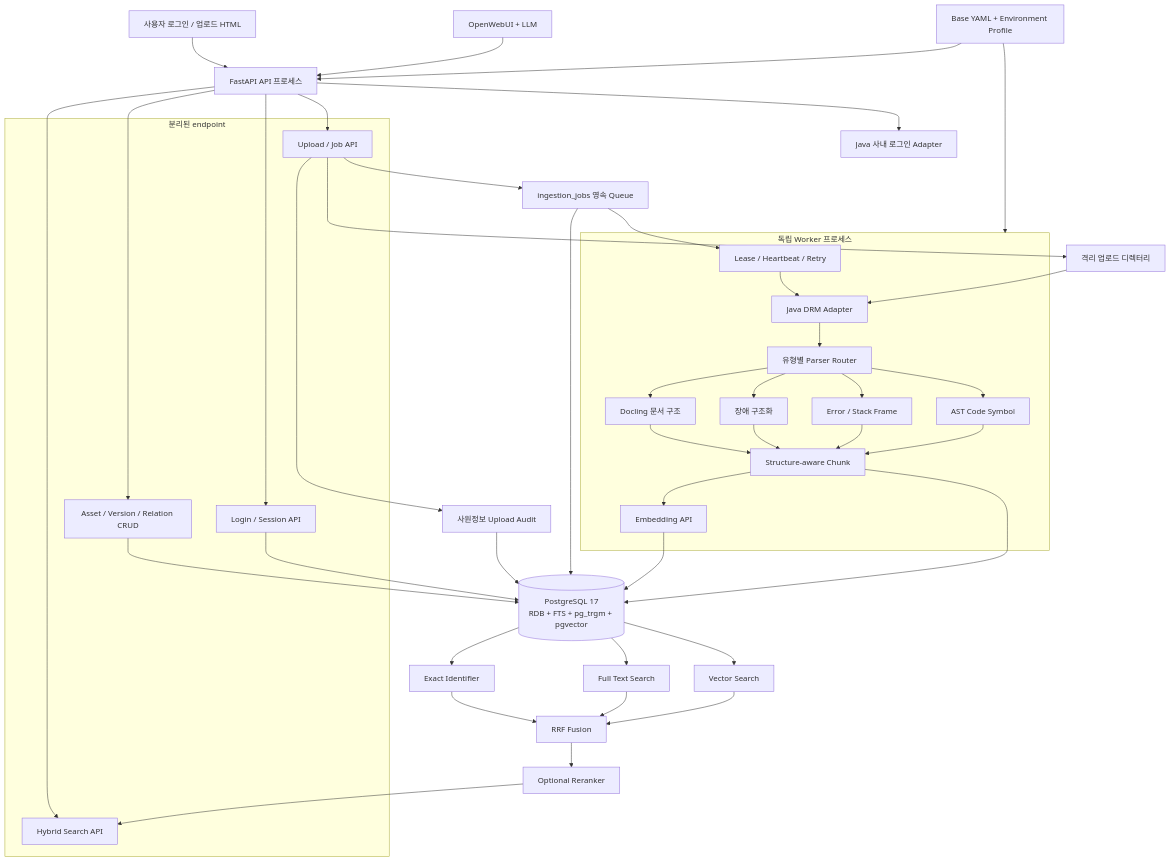
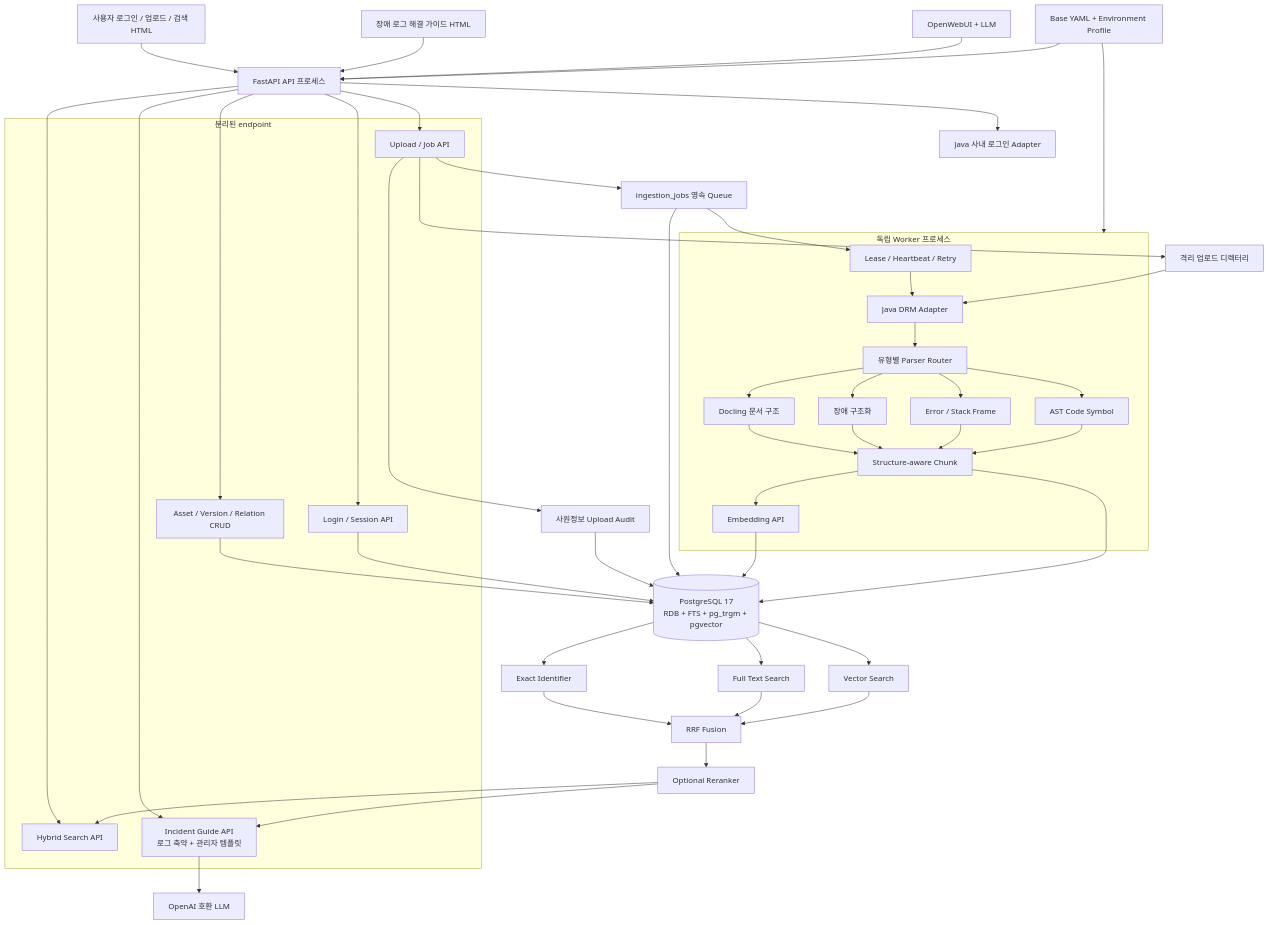
One commit to sngjng/ecm-rag changed the diagram in ARCHITECTURE_EDITABLE.mmd. Above: the diagram before and after it, drawn with Mermaid. The commit also changed 45 other files, not shown here.

```diff
--- a/ARCHITECTURE_EDITABLE.mmd
+++ b/ARCHITECTURE_EDITABLE.mmd
@@ -1,54 +1,59 @@
 flowchart TB
-    U["사용자 로그인 / 업로드 HTML"] --> API["FastAPI API 프로세스"]
+    U["사용자 로그인 / 업로드 / 검색 HTML"] --> API["FastAPI API 프로세스"]
+    GUIDE_UI["장애 로그 해결 가이드 HTML"] --> API
     OW["OpenWebUI + LLM"] --> API
     API --> AUTH["Java 사내 로그인 Adapter"]
 
     subgraph ENDPOINTS["분리된 endpoint"]
         CRUD["Asset / Version / Relation CRUD"]
         INGEST["Upload / Job API"]
         SEARCH["Hybrid Search API"]
+        GUIDE["Incident Guide API\n로그 축약 + 관리자 템플릿"]
         SESSION["Login / Session API"]
     end
     API --> CRUD
     API --> INGEST
     API --> SEARCH
+    API --> GUIDE
     API --> SESSION
 
     CRUD --> PG[("PostgreSQL 17\nRDB + FTS + pg_trgm + pgvector")]
     SESSION --> PG
     INGEST --> AUDIT["사원정보 Upload Audit"]
     AUDIT --> PG
     INGEST --> FILES["격리 업로드 디렉터리"]
     INGEST --> QUEUE["ingestion_jobs 영속 Queue"]
     QUEUE --> PG
 
     subgraph WORKER["독립 Worker 프로세스"]
         CLAIM["Lease / Heartbeat / Retry"] --> DRM["Java DRM Adapter"]
         DRM --> ROUTER["유형별 Parser Router"]
         ROUTER --> DOC["Docling 문서 구조"]
         ROUTER --> INCIDENT["장애 구조화"]
         ROUTER --> TRACE["Error / Stack Frame"]
         ROUTER --> CODE["AST Code Symbol"]
         DOC --> CHUNK["Structure-aware Chunk"]
         INCIDENT --> CHUNK
         TRACE --> CHUNK
         CODE --> CHUNK
         CHUNK --> EMBED["Embedding API"]
     end
 
     FILES --> DRM
     QUEUE --> CLAIM
     EMBED --> PG
     CHUNK --> PG
 
     PG --> EXACT["Exact Identifier"]
     PG --> FTS["Full Text Search"]
     PG --> VECTOR["Vector Search"]
     EXACT --> RRF["RRF Fusion"]
     FTS --> RRF
     VECTOR --> RRF
     RRF --> RERANK["Optional Reranker"]
     RERANK --> SEARCH
+    RERANK --> GUIDE
+    GUIDE --> LLM["OpenAI 호환 LLM"]
 
     YAML["Base YAML + Environment Profile"] --> API
     YAML --> WORKER
```
